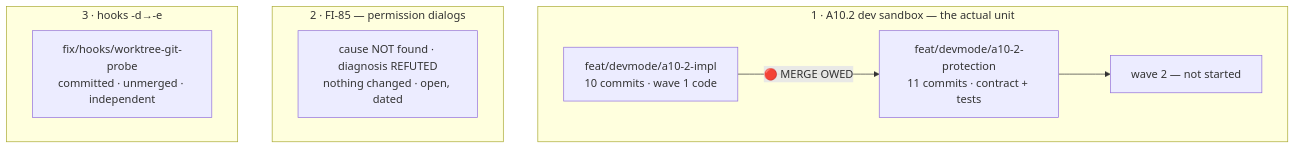
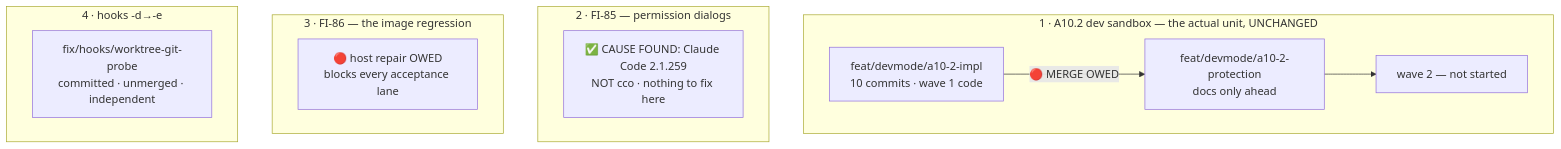
Before and after one commit to alergyonthestage/claude-orchestrator: the diagram in docs/maintainers/handoff.md, drawn with Mermaid. The commit also changed other lines of this file, not shown here.

First line of the commit message:
docs(handoff): a host repair is owed before work resumes; A10.2 is unmoved

````diff
--- a/docs/maintainers/handoff.md
+++ b/docs/maintainers/handoff.md
@@ -17,13 +16,16 @@
 ```mermaid
 flowchart TB
-    subgraph L1["1 · A10.2 dev sandbox — the actual unit"]
-      I["feat/devmode/a10-2-impl<br/>10 commits · wave 1 code"] -->|"🔴 MERGE OWED"| U["feat/devmode/a10-2-protection<br/>11 commits · contract + tests"]
+    subgraph L1["1 · A10.2 dev sandbox — the actual unit, UNCHANGED"]
+      I["feat/devmode/a10-2-impl<br/>10 commits · wave 1 code"] -->|"🔴 MERGE OWED"| U["feat/devmode/a10-2-protection<br/>docs only ahead"]
       U --> W2["wave 2 — not started"]
     end
     subgraph L2["2 · FI-85 — permission dialogs"]
-      F["cause NOT found · diagnosis REFUTED<br/>nothing changed · open, dated"]
+      F["✅ CAUSE FOUND: Claude Code 2.1.259<br/>NOT cco · nothing to fix here"]
     end
-    subgraph L3["3 · hooks -d→-e"]
+    subgraph L3["3 · FI-86 — the image regression"]
+      G["🔴 host repair OWED<br/>blocks every acceptance lane"]
+    end
+    subgraph L4["4 · hooks -d→-e"]
       H["fix/hooks/worktree-git-probe<br/>committed · unmerged · independent"]
     end
 ```
````
